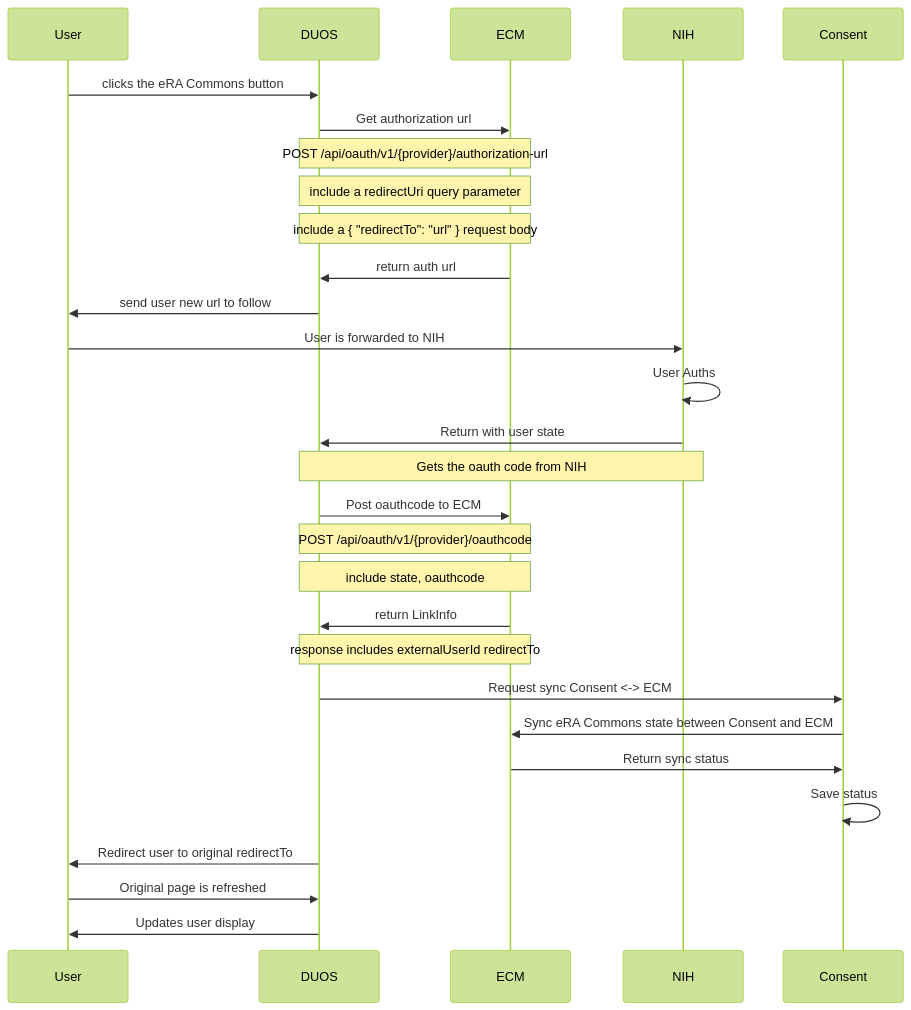
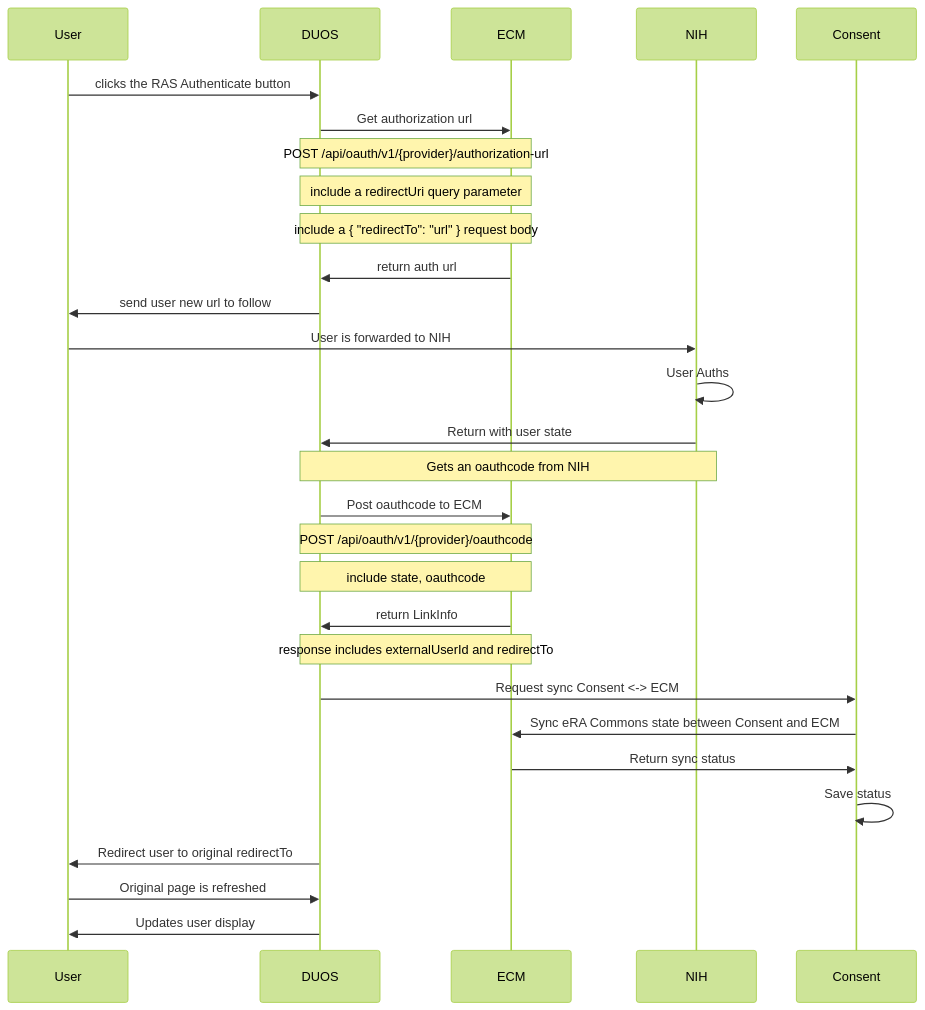
One commit to DataBiosphere/duos-ui changed the diagram in docs/eRA_Commons.md. Above: the diagram before and after it, drawn with Mermaid. The commit also changed other lines of this file, not shown here.

Commit message:
doc: more doc updates

````diff
--- a/docs/eRA_Commons.md
+++ b/docs/eRA_Commons.md
@@ -11,27 +11,27 @@
 ```mermaid
 %%{init: { 'theme': 'forest' } }%%
 sequenceDiagram
-    User ->> DUOS: clicks the eRA Commons button
+    User ->> DUOS: clicks the RAS Authenticate button
     DUOS ->> ECM: Get authorization url
     Note over DUOS, ECM: POST /api/oauth/v1/{provider}/authorization-url
     Note over DUOS, ECM: include a redirectUri query parameter
     Note over DUOS, ECM: include a { "redirectTo": "url" } request body
     ECM ->> DUOS: return auth url
     DUOS ->> User: send user new url to follow
     User ->> NIH: User is forwarded to NIH
     NIH ->> NIH: User Auths
     NIH ->> DUOS: Return with user state
-    Note over DUOS, NIH: Gets the oauth code from NIH
+    Note over DUOS, NIH: Gets an oauthcode from NIH
     DUOS ->> ECM: Post oauthcode to ECM
     Note over DUOS, ECM: POST /api/oauth/v1/{provider}/oauthcode
     Note over DUOS, ECM: include state, oauthcode
     ECM ->> DUOS: return LinkInfo
-    Note over ECM, DUOS: response includes externalUserId redirectTo
+    Note over ECM, DUOS: response includes externalUserId and redirectTo
     DUOS ->> Consent: Request sync Consent <-> ECM
     Consent ->> ECM: Sync eRA Commons state between Consent and ECM
     ECM ->> Consent: Return sync status
     Consent ->> Consent: Save status
     DUOS ->> User: Redirect user to original redirectTo
     User ->> DUOS: Original page is refreshed
     DUOS ->> User: Updates user display
 ```
````
